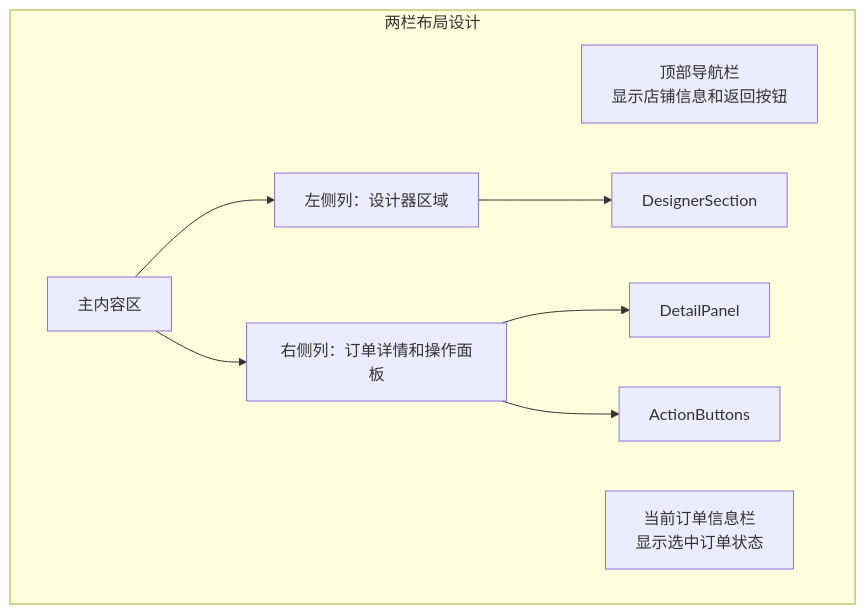
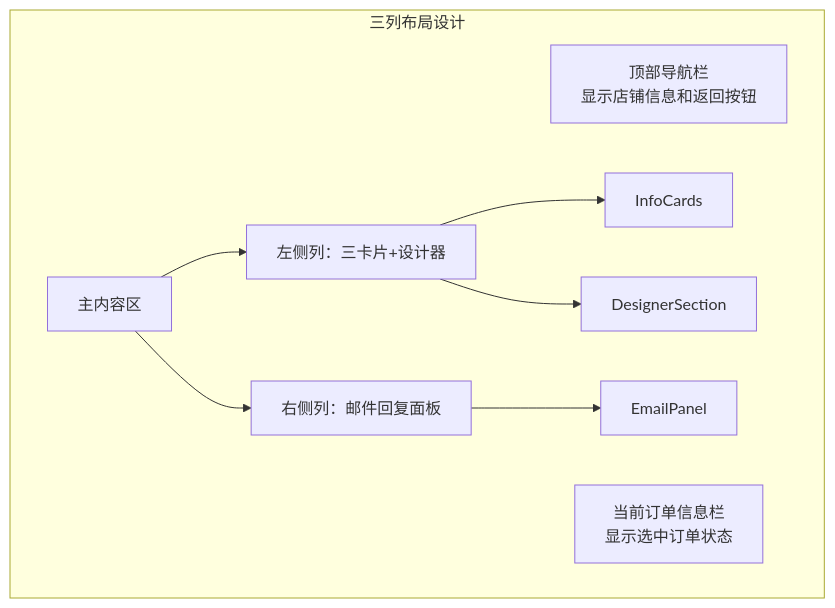
One commit to SY6621/POD-Order-Management changed the eighth of 13 diagrams in .qoder/repowiki/zh/content/开发指南/客服外链双链接系统.md. Above: the diagram before and after it, drawn with Mermaid. The commit also changed other lines of this file and 7 other files, not shown here.

````diff
--- a/.qoder/repowiki/zh/content/开发指南/客服外链双链接系统.md
+++ b/.qoder/repowiki/zh/content/开发指南/客服外链双链接系统.md
@@ -457,15 +566,15 @@
 ```mermaid
 graph TB
-subgraph "两栏布局设计"
+subgraph "三列布局设计"
 Header[顶部导航栏<br/>显示店铺信息和返回按钮]
 CurrentOrder[当前订单信息栏<br/>显示选中订单状态]
 MainContent[主内容区]
-LeftColumn[左侧列：设计器区域]
-RightColumn[右侧列：订单详情和操作面板]
+LeftColumn[左侧列：三卡片+设计器]
+RightColumn[右侧列：邮件回复面板]
+LeftColumn --> InfoCards
 LeftColumn --> DesignerSection
-RightColumn --> DetailPanel
-RightColumn --> ActionButtons
+RightColumn --> EmailPanel
 end
 MainContent --> LeftColumn
 MainContent --> RightColumn
 ```
````
